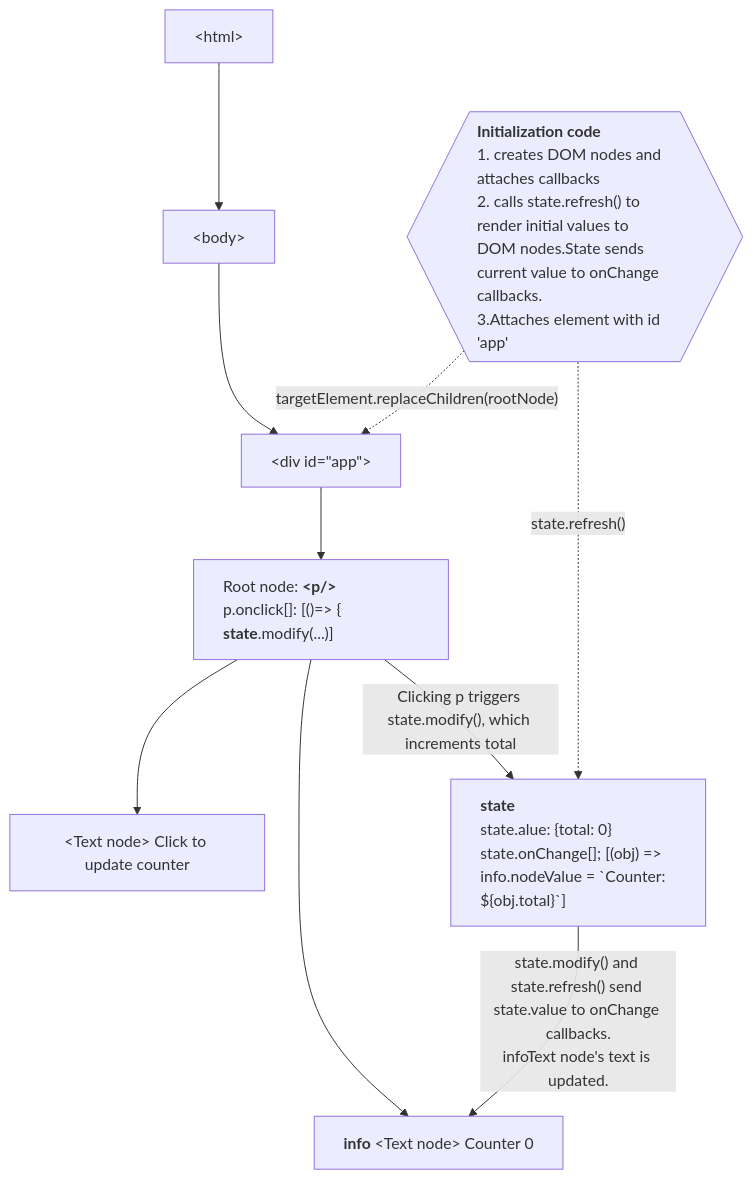
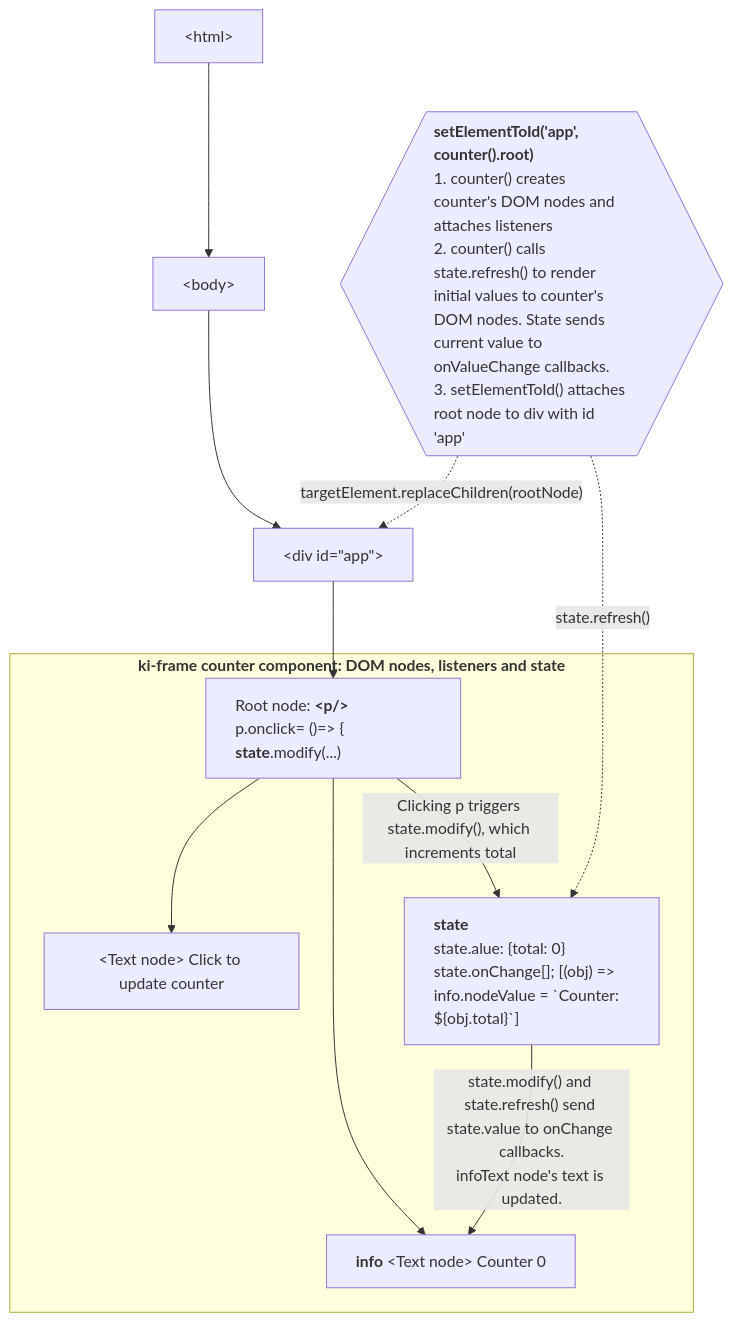
Before and after one commit to mikko-apo/ki-frame: the first of 4 diagrams in README.md, drawn with Mermaid. The commit also changed other lines of this file and 6 other files, not shown here.

````diff
--- a/README.md
+++ b/README.md
@@ -104,15 +154,17 @@
 ```mermaid
 flowchart TD
     html["&lt;html>"] --> body["&ltbody>"] --> appDiv["&lt;div id=&quot;app&quot;>"] --> root
-    root["Root node: <b>&lt;p/></b><br>p.onclick[]: [()=> { <b>state</b>.modify(...)]"] --> title["&lt;Text node> Click to update counter"]
-    style root text-align: left
-    root --> info["<b>info</b> &lt;Text node> Counter 0"]
-    root -->|" Clicking p triggers state.modify(), which increments total "| state["<b>state</b><br>state.alue: {total: 0}<br>state.onChange[]; [(obj) => info.nodeValue = `Counter: ${obj.total}`]"]
-    state -->|" state.modify() and state.refresh() send state.value to onChange callbacks.<br>infoText node's text is updated. "| info
-    style state text-align: left
-    initCode{{"<b>Initialization code</b><br>1. creates DOM nodes and attaches callbacks<br>2. calls state.refresh() to render initial values to DOM nodes.State sends current value to onChange callbacks.<br>3.Attaches element with id 'app'"}}
+    initCode{{"<b>setElementToId('app', counter().root)</b><br>1. counter() creates counter's DOM nodes and attaches listeners<br>2. counter() calls state.refresh() to render initial values to counter's DOM nodes. State sends current value to onValueChange callbacks.<br>3. setElementToId() attaches root node to div with id 'app'"}}
     initCode -.->|" targetElement.replaceChildren(rootNode) "| appDiv
     initCode -.->|" state.refresh() "| state
     style initCode text-align: left
 
+    subgraph "<b>ki-frame counter component: DOM nodes, listeners and state</b>"
+        root["Root node: <b>&lt;p/></b><br>p.onclick= ()=> { <b>state</b>.modify(...)"] --> title["&lt;Text node> Click to update counter"]
+        style root text-align: left
+        root --> info["<b>info</b> &lt;Text node> Counter 0"]
+        root -->|" Clicking p triggers state.modify(), which increments total "| state["<b>state</b><br>state.alue: {total: 0}<br>state.onChange[]; [(obj) => info.nodeValue = `Counter: ${obj.total}`]"]
+        state -->|" state.modify() and state.refresh() send state.value to onChange callbacks.<br>infoText node's text is updated. "| info
+        style state text-align: left
+    end
 ```
````
